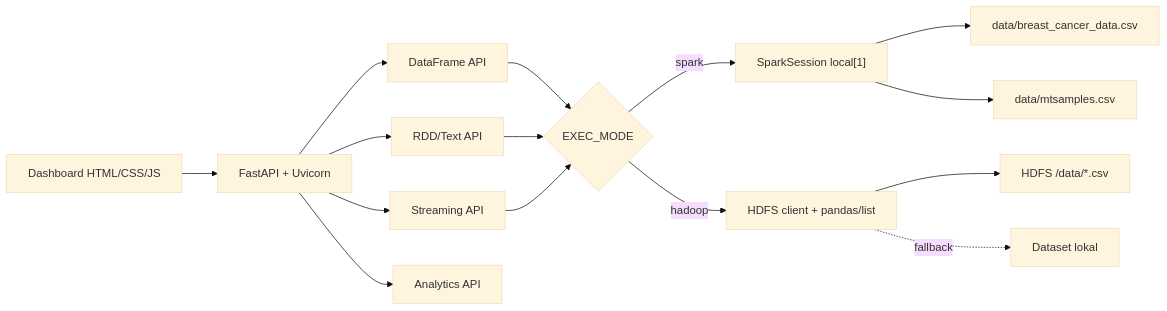
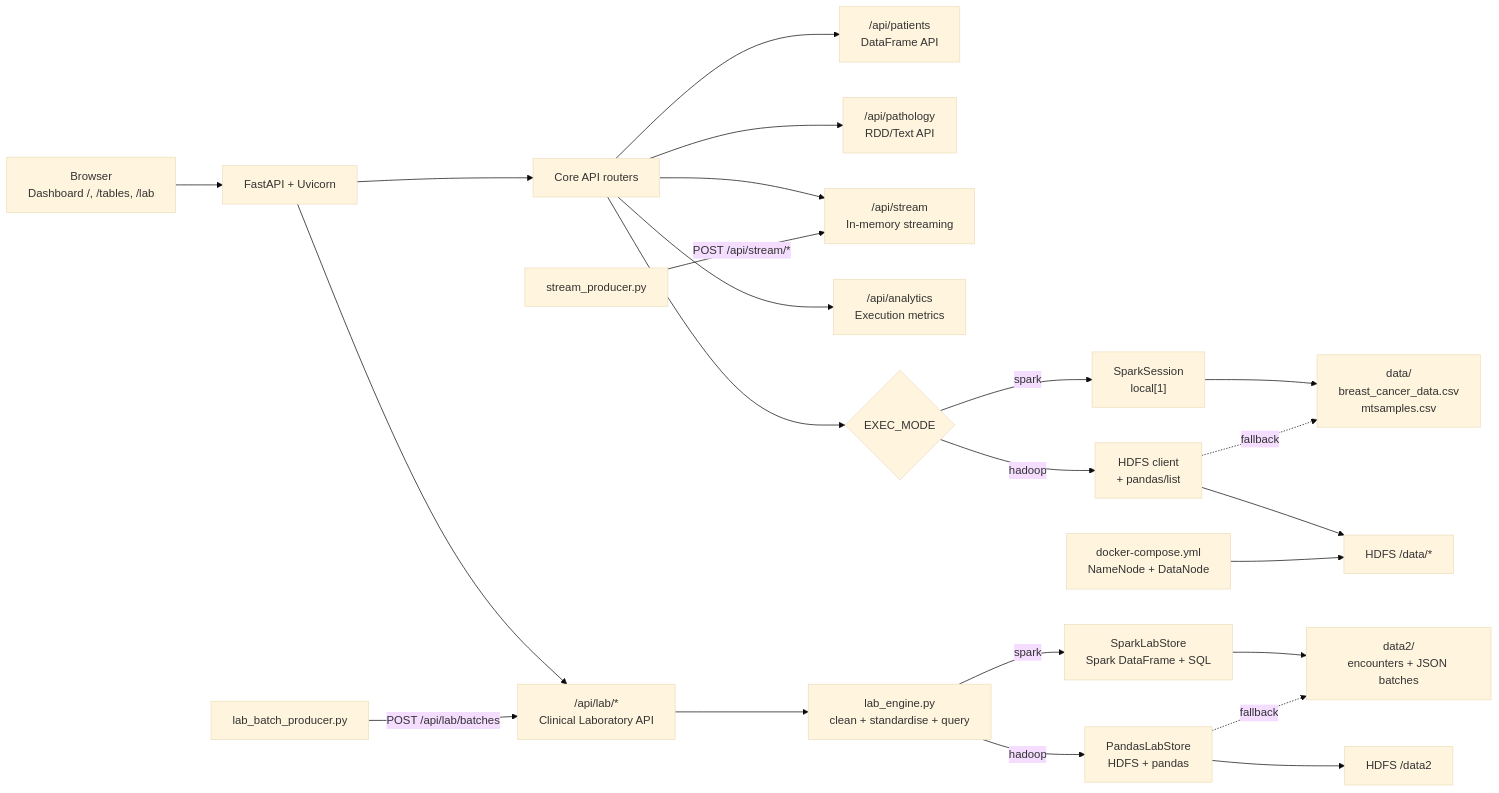
Before and after one commit to Deikazen/big-data-apache-spark: the diagram in README.md, drawn with Mermaid (base theme). The commit also changed other lines of this file, not shown here.

Commit message:
update readme arsitektur

````diff
--- a/README.md
+++ b/README.md
@@ -18,19 +20,31 @@
 ```mermaid
 flowchart LR
-    Browser["Dashboard HTML/CSS/JS"] --> API["FastAPI + Uvicorn"]
-    API --> Patients["DataFrame API"]
-    API --> Pathology["RDD/Text API"]
-    API --> Stream["Streaming API"]
-    API --> Metrics["Analytics API"]
+    Browser["Browser<br/>Dashboard /, /tables, /lab"] --> API["FastAPI + Uvicorn"]
 
-    Patients --> Engine{"EXEC_MODE"}
-    Pathology --> Engine
-    Stream --> Engine
-    Engine -->|spark| Spark["SparkSession local[1]"]
-    Engine -->|hadoop| Hadoop["HDFS client + pandas/list"]
+    API --> Core["Core API routers"]
+    Core --> Patients["/api/patients<br/>DataFrame API"]
+    Core --> Pathology["/api/pathology<br/>RDD/Text API"]
+    Core --> Stream["/api/stream<br/>In-memory streaming"]
+    Core --> Metrics["/api/analytics<br/>Execution metrics"]
 
-    Spark --> CSV1["data/breast_cancer_data.csv"]
-    Spark --> CSV2["data/mtsamples.csv"]
-    Hadoop --> HDFS["HDFS /data/*.csv"]
-    Hadoop -. fallback .-> Local["Dataset lokal"]
+    API --> LabAPI["/api/lab/*<br/>Clinical Laboratory API"]
+    LabAPI --> LabEngine["lab_engine.py<br/>clean + standardise + query"]
+
+    Core --> Engine{"EXEC_MODE"}
+    Engine -->|spark| Spark["SparkSession<br/>local[1]"]
+    Engine -->|hadoop| Hadoop["HDFS client<br/>+ pandas/list"]
+
+    Spark --> DataLocal["data/<br/>breast_cancer_data.csv<br/>mtsamples.csv"]
+    Hadoop --> HDFSData["HDFS /data/*"]
+    Hadoop -. fallback .-> DataLocal
+
+    LabEngine -->|spark| SparkLab["SparkLabStore<br/>Spark DataFrame + SQL"]
+    LabEngine -->|hadoop| PandasLab["PandasLabStore<br/>HDFS + pandas"]
+    SparkLab --> LabLocal["data2/<br/>encounters + JSON batches"]
+    PandasLab --> HDFSLab["HDFS /data2"]
+    PandasLab -. fallback .-> LabLocal
+
+    LabBatch["lab_batch_producer.py"] -->|POST /api/lab/batches| LabAPI
+    StreamProducer["stream_producer.py"] -->|POST /api/stream/*| Stream
+    HDFS["docker-compose.yml<br/>NameNode + DataNode"] --> HDFSData
 ```
````
